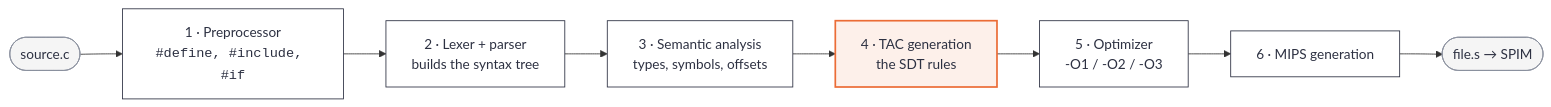
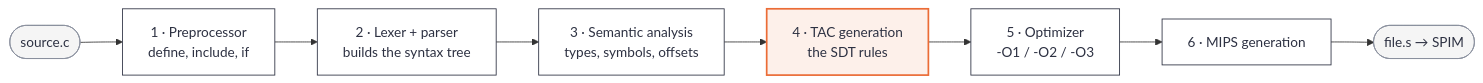
Before and after one commit to migikun474/COMPILER-DESIGN: the first of 14 diagrams in docs/TRANSLATION.md, drawn with Mermaid. The commit also changed other lines of this file, not shown here.

Commit message:
TRANSLATION.md: Mermaid that GitHub renders (no HTML tags, invisible links or raw angle brackets in labels)

````diff
--- a/docs/TRANSLATION.md
+++ b/docs/TRANSLATION.md
@@ -32,17 +32,17 @@
 ```mermaid
 flowchart LR
-    SRC(["source.c"]) --> PP["1 · Preprocessor<br/><code>#define, #include, #if</code>"]
+    SRC(["source.c"]) --> PP["1 · Preprocessor<br/>define, include, if"]
     PP --> PARSE["2 · Lexer + parser<br/>builds the syntax tree"]
     PARSE --> SEM["3 · Semantic analysis<br/>types, symbols, offsets"]
     SEM --> TAC["4 · TAC generation<br/>the SDT rules"]
     TAC --> OPT["5 · Optimizer<br/>-O1 / -O2 / -O3"]
     OPT --> MIPS["6 · MIPS generation"]
     MIPS --> OUT(["file.s → SPIM"])
 
     classDef pass fill:#ffffff,stroke:#2d3142,color:#2d3142
     classDef focal fill:#fdf0ea,stroke:#eb6c36,color:#2d3142,stroke-width:2px
     classDef io fill:#f5f5f5,stroke:#8a8f9e,color:#2d3142
     class PP,PARSE,SEM,OPT,MIPS pass
     class TAC focal
     class SRC,OUT io
 ```
````
